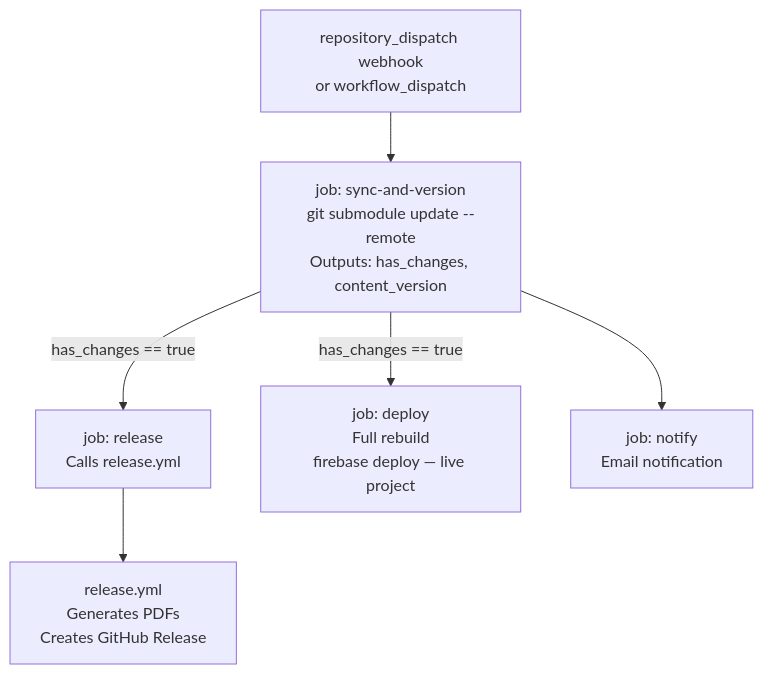
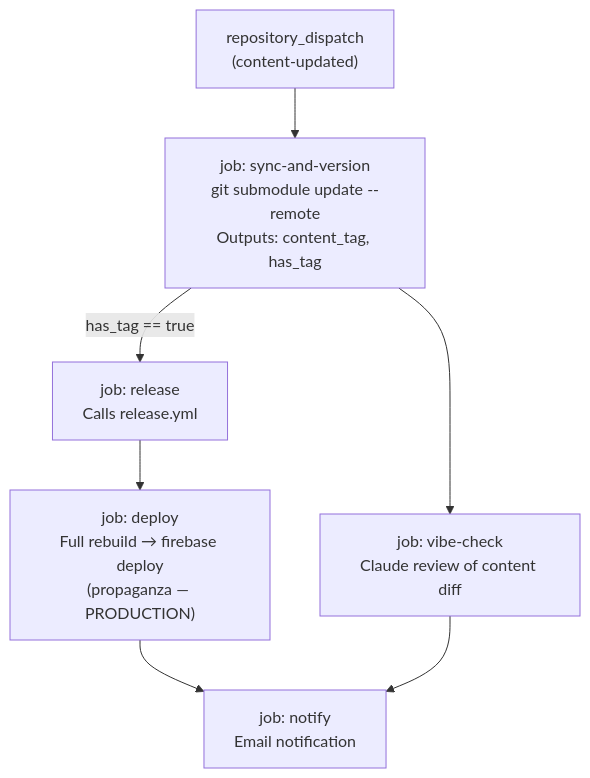
One commit to Cartoniol/project-propz changed the second of 3 diagrams in PROJECT_OVERVIEW.md. Above: the diagram before and after it, drawn with Mermaid. The commit also changed other lines of this file and 2 other files, not shown here.

Commit message:
disabled chat, updated content

````diff
--- a/PROJECT_OVERVIEW.md
+++ b/PROJECT_OVERVIEW.md
@@ -230,8 +281,9 @@
 ```mermaid
 graph TD
-    A[repository_dispatch webhook\nor workflow_dispatch] --> B[job: sync-and-version\ngit submodule update --remote\nOutputs: has_changes, content_version]
-    B -->|has_changes == true| C[job: release\nCalls release.yml]
-    B -->|has_changes == true| D[job: deploy\nFull rebuild\nfirebase deploy — live project]
-    B --> E[job: notify\nEmail notification]
-    C --> F[release.yml\nGenerates PDFs\nCreates GitHub Release]
+    A["repository_dispatch<br/>(content-updated)"] --> B["job: sync-and-version<br/>git submodule update --remote<br/>Outputs: content_tag, has_tag"]
+    B -->|has_tag == true| C["job: release<br/>Calls release.yml"]
+    C --> D["job: deploy<br/>Full rebuild → firebase deploy<br/>(propaganza — PRODUCTION)"]
+    B --> E["job: vibe-check<br/>Claude review of content diff"]
+    D --> F["job: notify<br/>Email notification"]
+    E --> F
 ```
````
